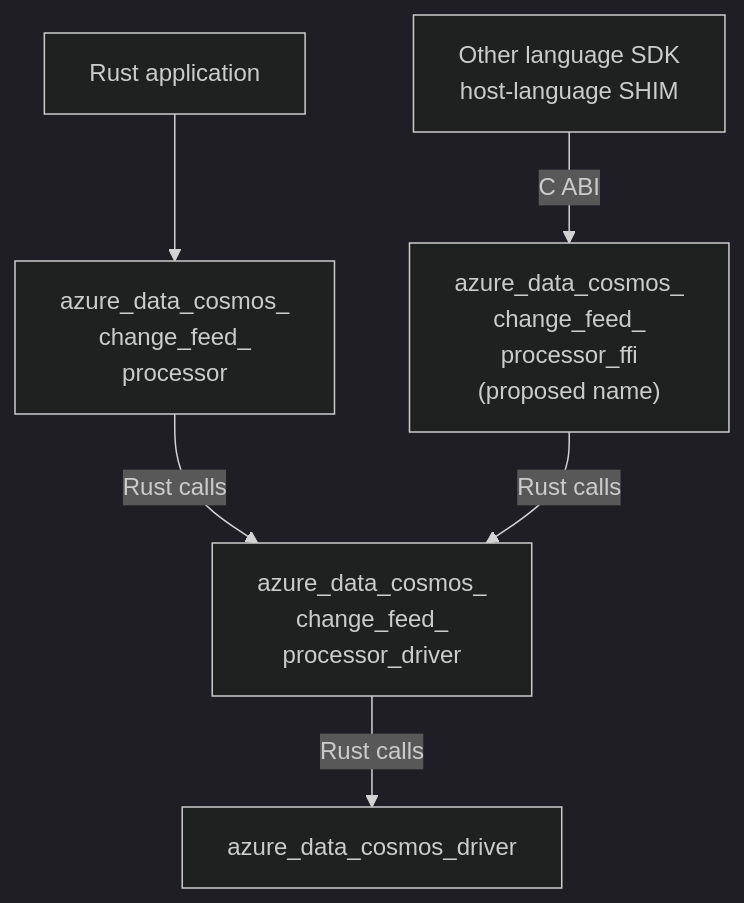
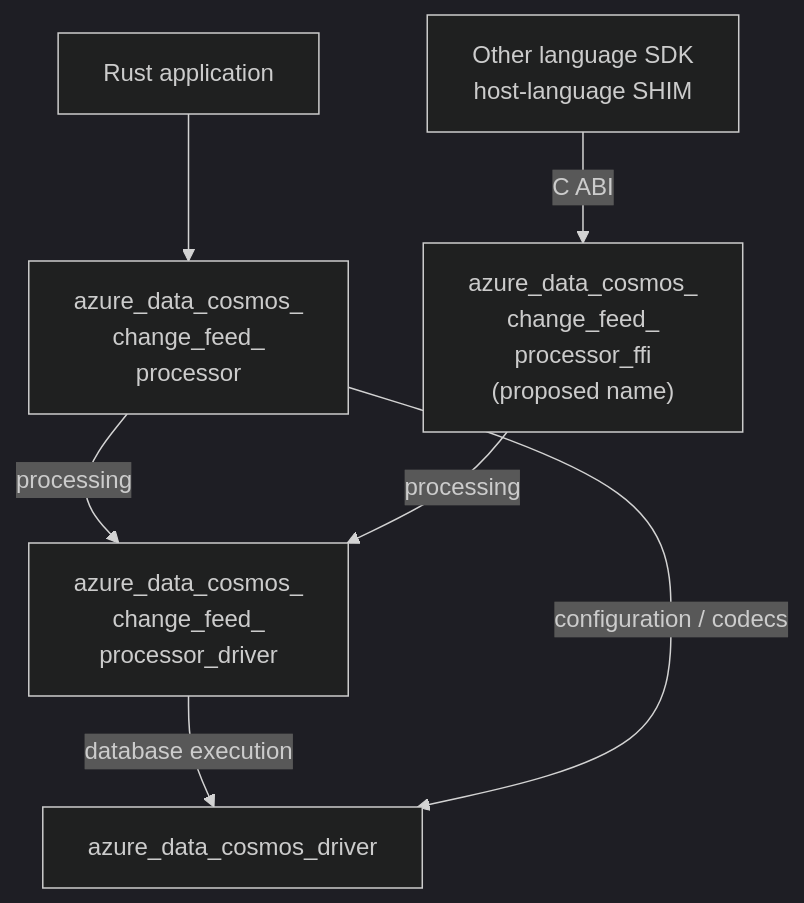
The diagram in sdk/cosmos/docs/specs/0030-change-feed-processor-package-boundaries.md (Azure/azure-sdk-for-rust), drawn with Mermaid (dark theme) before and after one commit. The commit also changed other lines of this file, not shown here.

````diff
--- a/sdk/cosmos/docs/specs/0030-change-feed-processor-package-boundaries.md
+++ b/sdk/cosmos/docs/specs/0030-change-feed-processor-package-boundaries.md
@@ -62,14 +48,15 @@
 ```mermaid
 flowchart TB
     App["Rust application"]
     API["azure_data_cosmos_<br/>change_feed_<br/>processor"]
-    CFPDriver["azure_data_cosmos_<br/>change_feed_<br/>processor_driver"]
-    Driver["azure_data_cosmos_driver"]
-    Other["Other language SDK<br/>host-language SHIM"]
-    Native["azure_data_cosmos_<br/>change_feed_<br/>processor_ffi<br/>(proposed name)"]
+    Core["azure_data_cosmos_<br/>change_feed_<br/>processor_driver"]
+    DB["azure_data_cosmos_driver"]
+    Host["Other language SDK<br/>host-language SHIM"]
+    FFI["azure_data_cosmos_<br/>change_feed_<br/>processor_ffi<br/>(proposed name)"]
     App --> API
-    API -->|"Rust calls"| CFPDriver
-    CFPDriver -->|"Rust calls"| Driver
-    Other -->|"C ABI"| Native
-    Native -->|"Rust calls"| CFPDriver
+    API -->|"processing"| Core
+    Core -->|"database execution"| DB
+    API -->|"configuration / codecs"| DB
+    Host -->|"C ABI"| FFI
+    FFI -->|"processing"| Core
 ```
````
